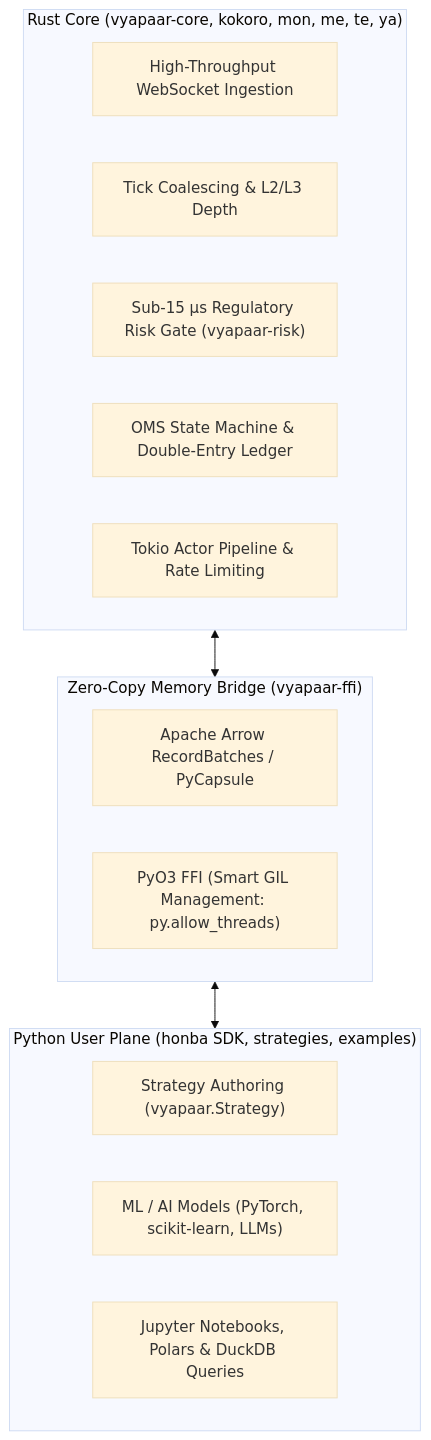
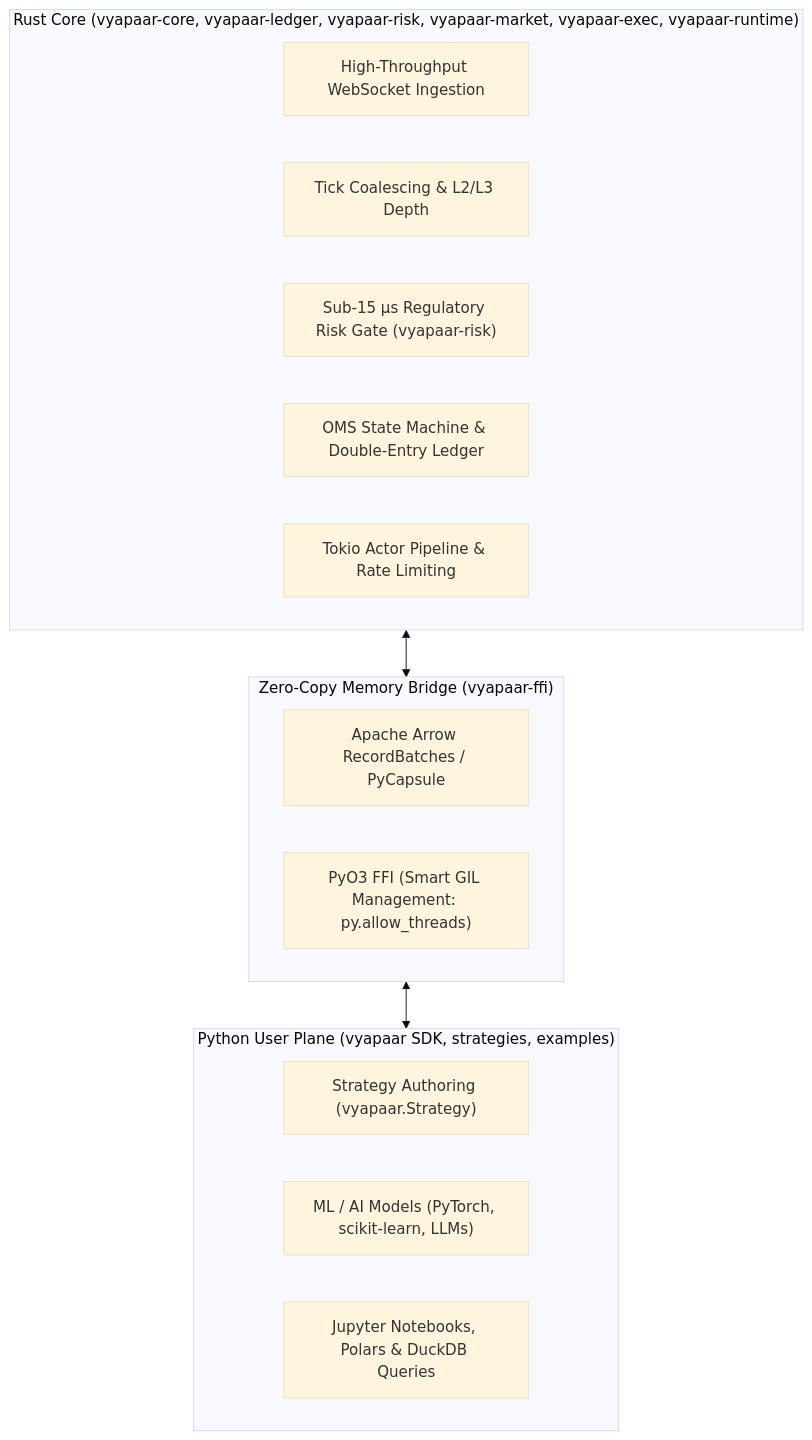
Before and after one commit to tantra-labs/tantra-labs: the second of 2 diagrams in .agents/AGENTS.md, drawn with Mermaid (base theme). The commit also changed 10 other files, not shown here.

````diff
--- a/.agents/AGENTS.md
+++ b/.agents/AGENTS.md
@@ -257,24 +257,24 @@
 ```mermaid
 flowchart TD
-    subgraph RustCore["Rust Core (vyapaar-core, kokoro, mon, me, te, ya)"]
+    subgraph RustCore["Rust Core (vyapaar-core, vyapaar-ledger, vyapaar-risk, vyapaar-market, vyapaar-exec, vyapaar-runtime)"]
         WS["High-Throughput WebSocket Ingestion"]
         Coalesce["Tick Coalescing & L2/L3 Depth"]
         RiskGate["Sub-15 µs Regulatory Risk Gate (vyapaar-risk)"]
         OMSEngine["OMS State Machine & Double-Entry Ledger"]
         ActorSystem["Tokio Actor Pipeline & Rate Limiting"]
     end
 
     subgraph MemoryBridge["Zero-Copy Memory Bridge (vyapaar-ffi)"]
         Arrow["Apache Arrow RecordBatches / PyCapsule"]
         PyO3["PyO3 FFI (Smart GIL Management: py.allow_threads)"]
     end
 
-    subgraph PythonLayer["Python User Plane (honba SDK, strategies, examples)"]
+    subgraph PythonLayer["Python User Plane (vyapaar SDK, strategies, examples)"]
         StrategyCode["Strategy Authoring (vyapaar.Strategy)"]
         MLAI["ML / AI Models (PyTorch, scikit-learn, LLMs)"]
         Research["Jupyter Notebooks, Polars & DuckDB Queries"]
     end
 
     RustCore <--> MemoryBridge
     MemoryBridge <--> PythonLayer
 ```
````
